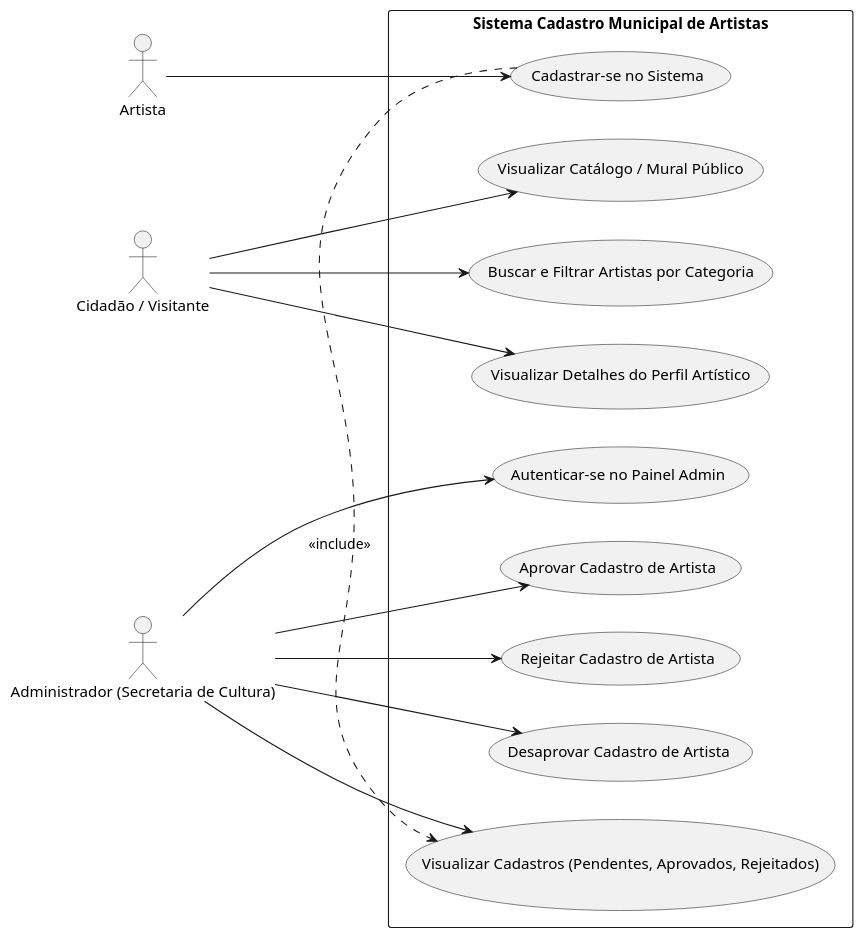
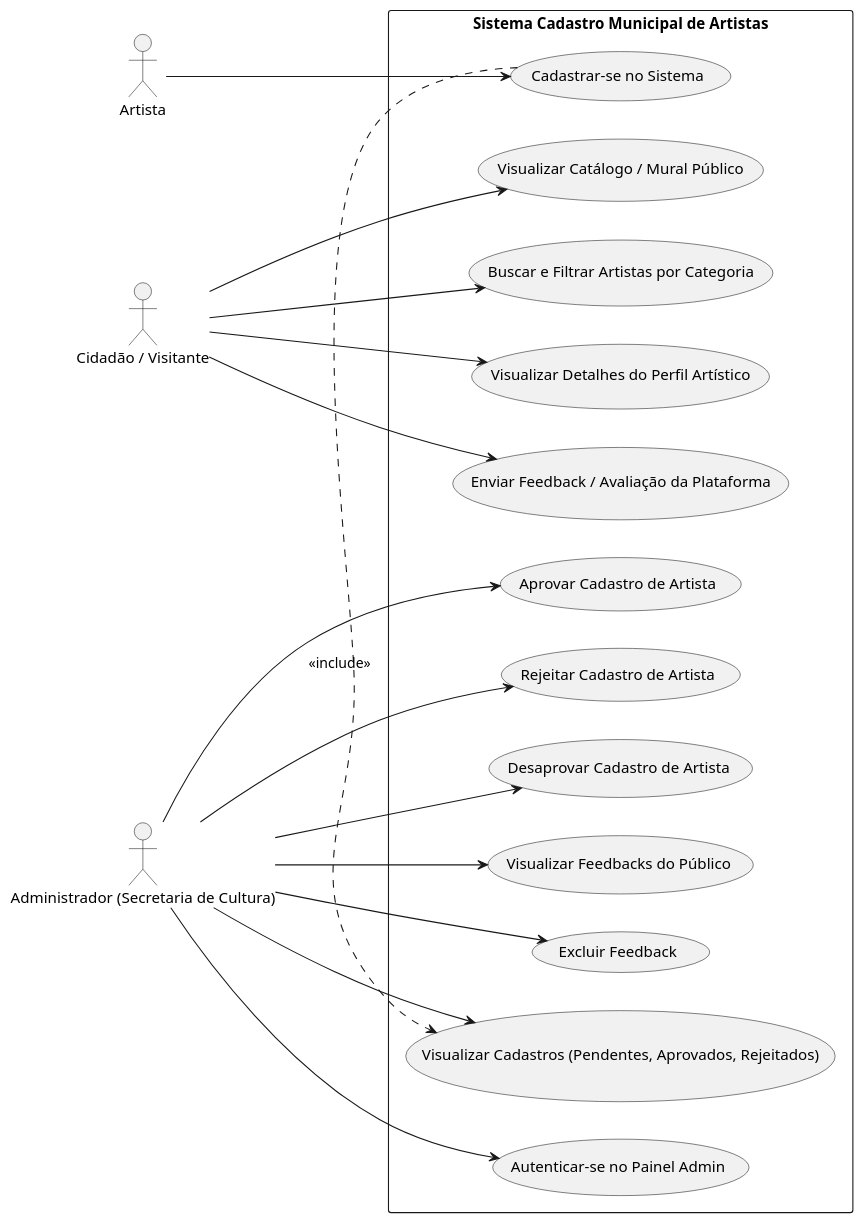
Before and after one commit to heduardowitkoski/cadastroDeArtistas: the first of 4 diagrams in DIAGRAMAS_UML.md, drawn with PlantUML. The commit also changed other lines of this file and 1 other file, not shown here.

Commit message:
docs: adicionar diagramas Mermaid e atualizar UML com modulo de feedback

````diff
--- a/DIAGRAMAS_UML.md
+++ b/DIAGRAMAS_UML.md
@@ -9,36 +9,42 @@
 ```plantuml
 @startuml Diagrama_de_Casos_de_Uso
 left to right direction
 skinparam packageStyle rectangle
 skinparam shadowing false
 
 actor "Artista" as artista
 actor "Cidadão / Visitante" as visitante
 actor "Administrador (Secretaria de Cultura)" as admin
 
 rectangle "Sistema Cadastro Municipal de Artistas" {
   usecase "Cadastrar-se no Sistema" as UC1
   usecase "Visualizar Catálogo / Mural Público" as UC2
   usecase "Buscar e Filtrar Artistas por Categoria" as UC3
   usecase "Visualizar Detalhes do Perfil Artístico" as UC4
+  usecase "Enviar Feedback / Avaliação da Plataforma" as UC10
   usecase "Autenticar-se no Painel Admin" as UC5
   usecase "Visualizar Cadastros (Pendentes, Aprovados, Rejeitados)" as UC6
   usecase "Aprovar Cadastro de Artista" as UC7
   usecase "Rejeitar Cadastro de Artista" as UC8
   usecase "Desaprovar Cadastro de Artista" as UC9
+  usecase "Visualizar Feedbacks do Público" as UC11
+  usecase "Excluir Feedback" as UC12
 }
 
 artista --> UC1
 visitante --> UC2
 visitante --> UC3
 visitante --> UC4
+visitante --> UC10
 
 admin --> UC5
 admin --> UC6
 admin --> UC7
 admin --> UC8
 admin --> UC9
+admin --> UC11
+admin --> UC12
 
 UC1 .> UC6 : <<include>>
 @enduml
 ```
````
